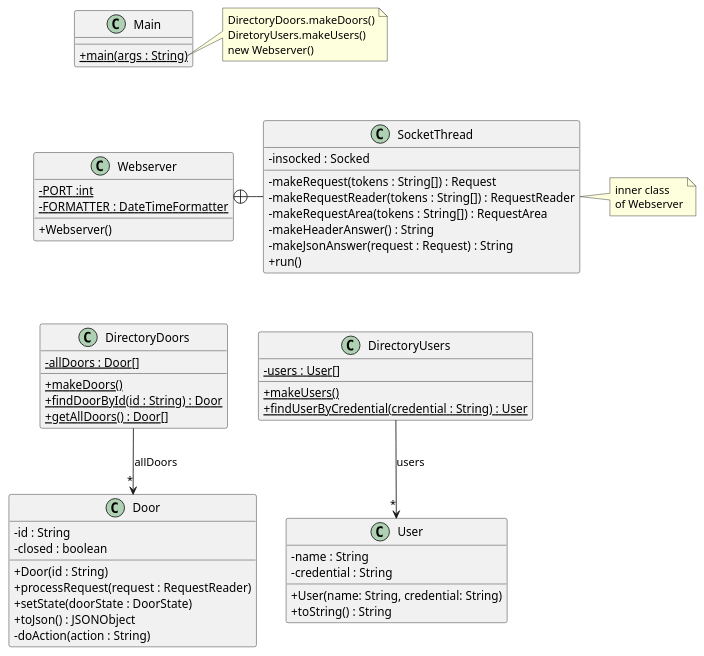
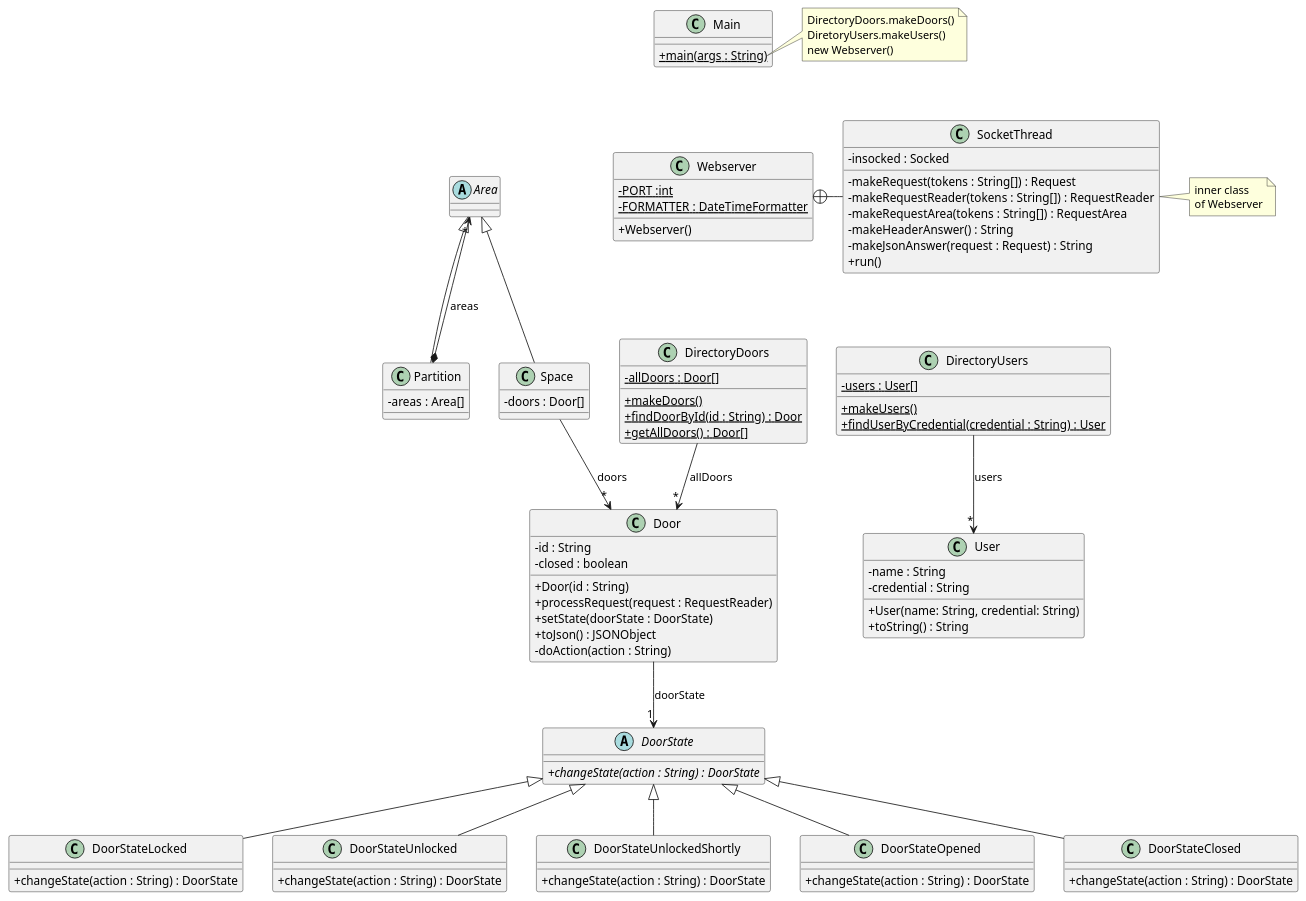
Before and after one commit to cantepoler/acs_uab: the diagram in src/baseNoStates/uml/base_no_states.puml, drawn with PlantUML. The commit also changed 3 other files, not shown here.

Commit message:
Modificació del UML afegint estate i composite(parcial)

```diff
--- a/src/baseNoStates/uml/base_no_states.puml
+++ b/src/baseNoStates/uml/base_no_states.puml
@@ -1,81 +1,121 @@
 @startuml
 'https://plantuml.com/class-diagram
 skinparam classAttributeIconSize 0
 
 class Webserver {
 - {static} PORT :int
 - {static} FORMATTER : DateTimeFormatter
 + Webserver()
 }
 
 class SocketThread {
 - insocked : Socked
 - makeRequest(tokens : String[]) : Request
 - makeRequestReader(tokens : String[]) : RequestReader
 - makeRequestArea(tokens : String[]) : RequestArea
 - makeHeaderAnswer() : String
 - makeJsonAnswer(request : Request) : String
 + run()
 }
 
 Webserver +-right- SocketThread
 
 note right of SocketThread
 inner class
 of Webserver
 end note
 
 class DirectoryDoors {
 - {static} allDoors : Door[]
 + {static} makeDoors()
 + {static} findDoorById(id : String) : Door
 + {static} getAllDoors() : Door[]
 }
 
 DirectoryDoors --> "*" Door : "allDoors"
 
 class DirectoryUsers {
 - {static} users : User[]
 + {static} makeUsers()
 + {static} findUserByCredential(credential : String) : User
 }
 
 DirectoryUsers --> "*" User : "users"
 
 class Door {
 - id : String
 - closed : boolean
 + Door(id : String)
 + processRequest(request : RequestReader)
 + setState(doorState : DoorState)
 + toJson() : JSONObject
 '+ toString() : String
 '+ isClosed() :boolean
 '+ setClosed(b : boolean)
 '+ getStateName() : String
 - doAction(action : String)
+
 }
 
 
 class User {
 - name : String
 - credential : String
 + User(name: String, credential: String)
 + toString() : String
 }
 
 
 class Main {
 + {static} main(args : String)
 }
 
+abstract DoorState{
+{abstract}+ changeState(action : String) : DoorState
+}
+
+class DoorStateLocked extends DoorState{
++ changeState(action : String) : DoorState
+}
+
+class DoorStateUnlocked extends DoorState{
++ changeState(action : String) : DoorState
+}
+
+class DoorStateUnlockedShortly extends DoorState{
++ changeState(action : String) : DoorState
+}
+
+class DoorStateOpened extends DoorState{
++ changeState(action : String) : DoorState
+}
+
+class DoorStateClosed extends DoorState{
++ changeState(action : String) : DoorState
+}
+
+abstract Area{
+
+}
+
+class Space extends Area{
+- doors : Door[]
+}
+
+class Partition extends Area{
+- areas : Area[]
+}
+
 note right of Main::main
 DirectoryDoors.makeDoors()
 DiretoryUsers.makeUsers()
 new Webserver()
 end note
 
 Main -[hidden]down- Webserver
 Webserver -[hidden]down- DirectoryDoors
 DirectoryDoors -[hidden]right- DirectoryUsers
+Door -->"1" DoorState : doorState
+Partition *-->"*" Area : areas
+Space -->"*" Door : doors
 @enduml
```
